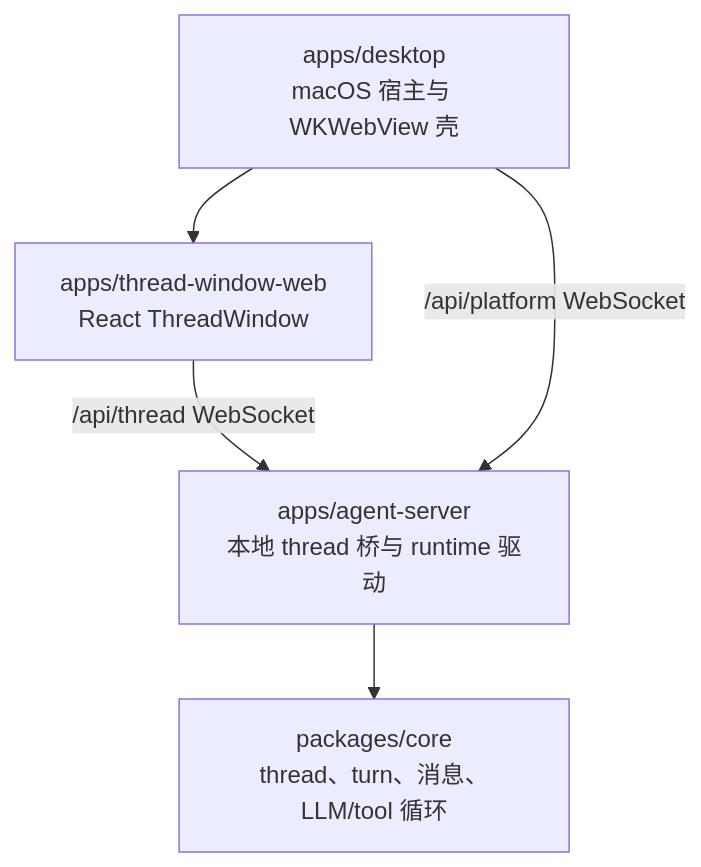
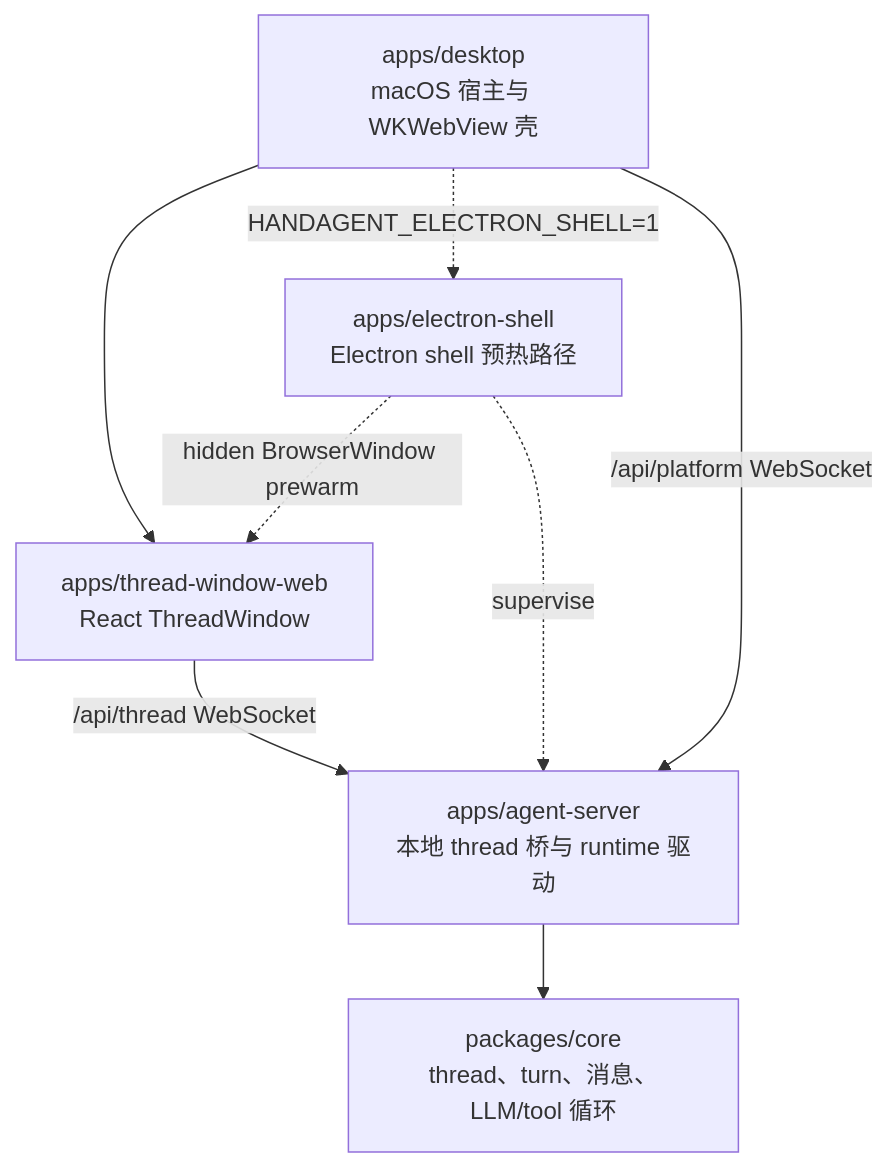
Before and after one commit to Lixuhang987/SpotAgent: the first of 2 diagrams in handAgent.md, drawn with Mermaid. The commit also changed other lines of this file and 9 other files, not shown here.

Commit message:
docs: document electron shell phase 0

````diff
--- a/handAgent.md
+++ b/handAgent.md
@@ -22,7 +22,10 @@
 ```mermaid
 flowchart TD
   A[apps/desktop<br/>macOS 宿主与 WKWebView 壳] --> W[apps/thread-window-web<br/>React ThreadWindow]
+  A -. HANDAGENT_ELECTRON_SHELL=1 .-> E[apps/electron-shell<br/>Electron shell 预热路径]
+  E -. hidden BrowserWindow prewarm .-> W
+  E -. supervise .-> B
   W -->|/api/thread WebSocket| B[apps/agent-server<br/>本地 thread 桥与 runtime 驱动]
   A -->|/api/platform WebSocket| B
   B --> C[packages/core<br/>thread、turn、消息、LLM/tool 循环]
 ```
````
